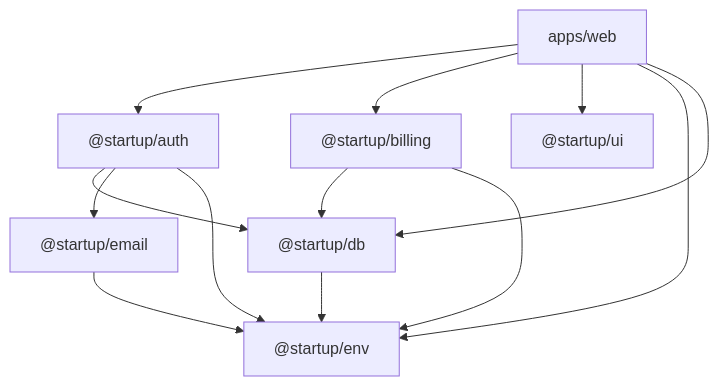
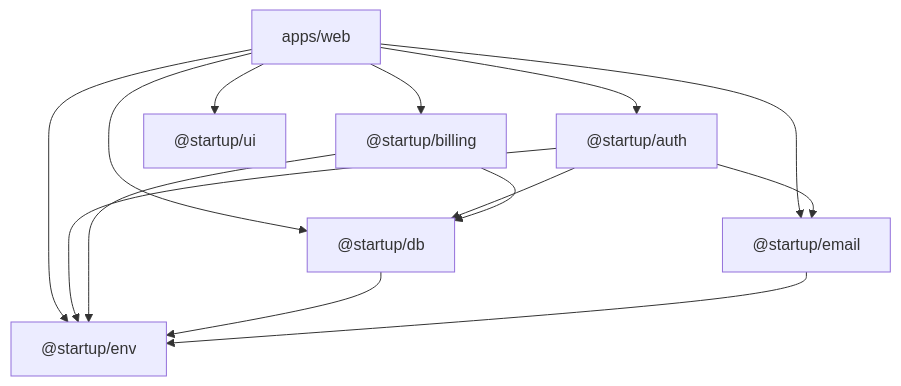
One commit to allen-padilla/startup-template changed the diagram in docs/architecture/package-boundaries.md. Above: the diagram before and after it, drawn with Mermaid. The commit also changed other lines of this file and 11 other files, not shown here.

````diff
--- a/docs/architecture/package-boundaries.md
+++ b/docs/architecture/package-boundaries.md
@@ -31,23 +31,24 @@
 ```mermaid
 flowchart TD
   web["apps/web"]
   auth["@startup/auth"]
   billing["@startup/billing"]
   ui["@startup/ui"]
   db["@startup/db"]
   email["@startup/email"]
   env["@startup/env"]
 
   web --> auth
   web --> billing
   web --> ui
   web --> env
   web --> db
+  web --> email
   auth --> db
   auth --> email
   auth --> env
   billing --> db
   billing --> env
   db --> env
   email --> env
 ```
````
